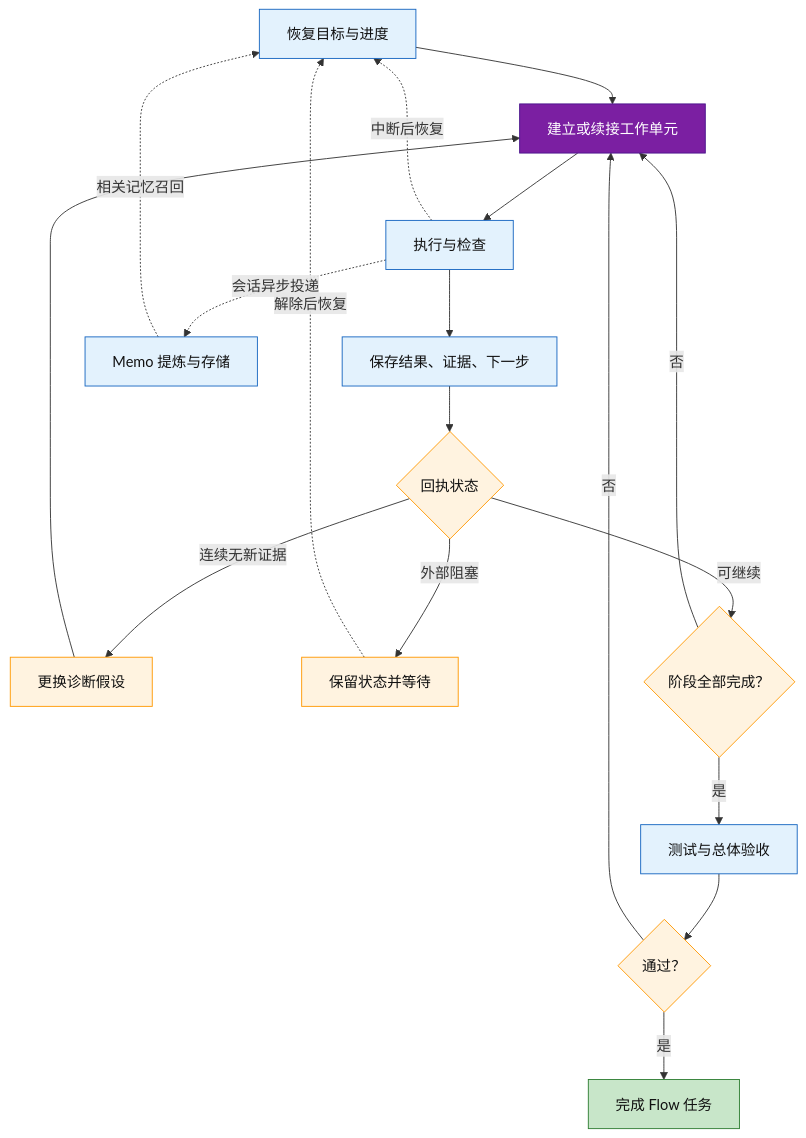
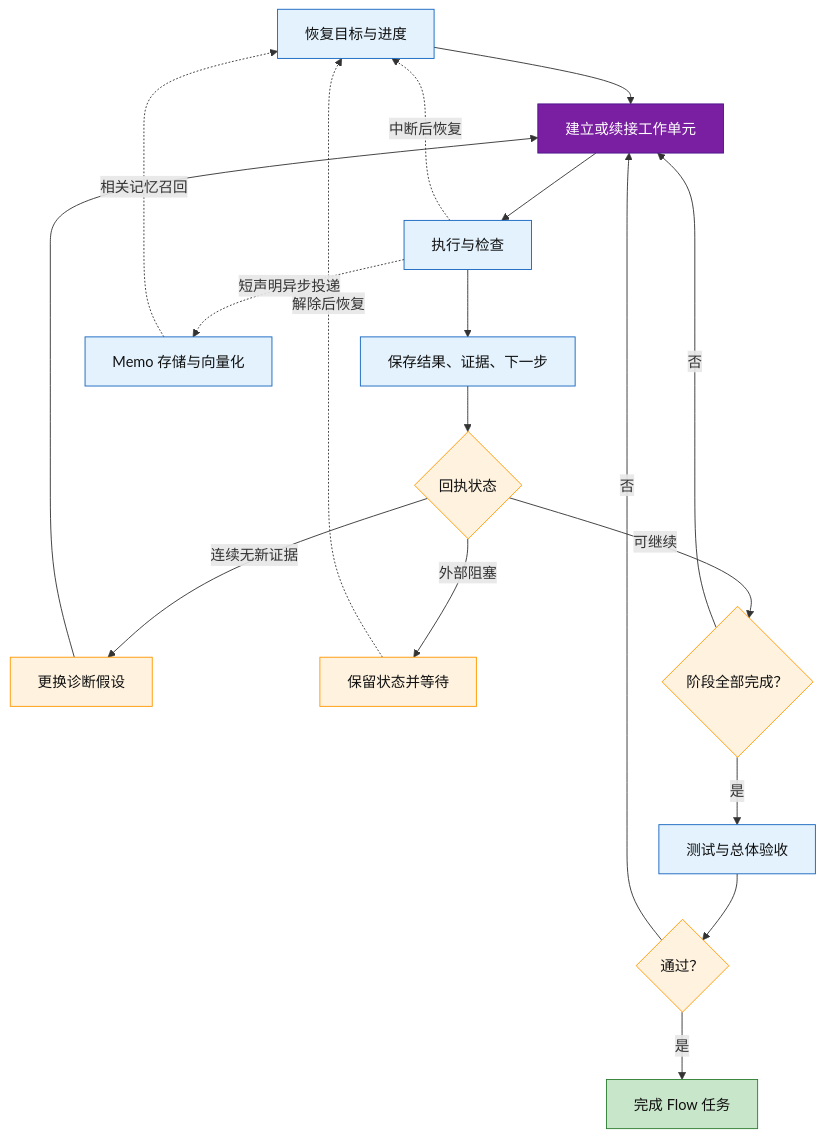
One commit to JacobZyy/jt-harness changed the diagram in docs/flow-control.md. Above: the diagram before and after it, drawn with Mermaid. The commit also changed other lines of this file and 30 other files, not shown here.

````diff
--- a/docs/flow-control.md
+++ b/docs/flow-control.md
@@ -11,33 +11,33 @@
 ```mermaid
 flowchart TD
     A["恢复目标与进度"] --> B["建立或续接工作单元"]
     B --> C["执行与检查"]
     C --> D["保存结果、证据、下一步"]
     D --> E{"回执状态"}
     E -- 连续无新证据 --> G["更换诊断假设"]
     G --> B
     E -- 外部阻塞 --> H["保留状态并等待"]
     H -. 解除后恢复 .-> A
     E -- 可继续 --> F{"阶段全部完成？"}
     F -- 否 --> B
     F -- 是 --> I["测试与总体验收"]
     I --> J{"通过？"}
     J -- 否 --> B
     J -- 是 --> K["完成 Flow 任务"]
     C -. 中断后恢复 .-> A
-    C -. 会话异步投递 .-> M["Memo 提炼与存储"]
+    C -. 短声明异步投递 .-> M["Memo 存储与向量化"]
     M -. 相关记忆召回 .-> A
 
     style A fill:#E3F2FD,stroke:#1565C0,color:#111
     style B fill:#7B1FA2,stroke:#4A148C,color:#fff
     style C fill:#E3F2FD,stroke:#1565C0,color:#111
     style D fill:#E3F2FD,stroke:#1565C0,color:#111
     style E fill:#FFF3E0,stroke:#FF9800,color:#111
     style F fill:#FFF3E0,stroke:#FF9800,color:#111
     style G fill:#FFF3E0,stroke:#FF9800,color:#111
     style H fill:#FFF3E0,stroke:#FF9800,color:#111
     style I fill:#E3F2FD,stroke:#1565C0,color:#111
     style J fill:#FFF3E0,stroke:#FF9800,color:#111
     style K fill:#C8E6C9,stroke:#2E7D32,color:#111
     style M fill:#E3F2FD,stroke:#1565C0,color:#111
 ```
````
